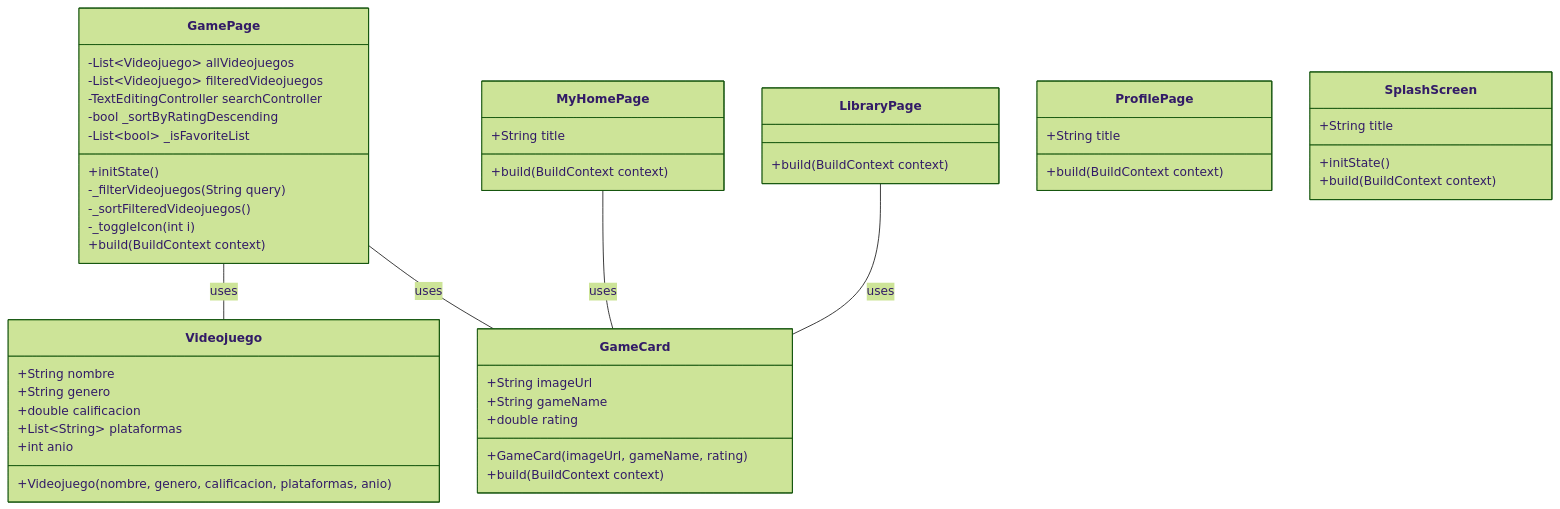
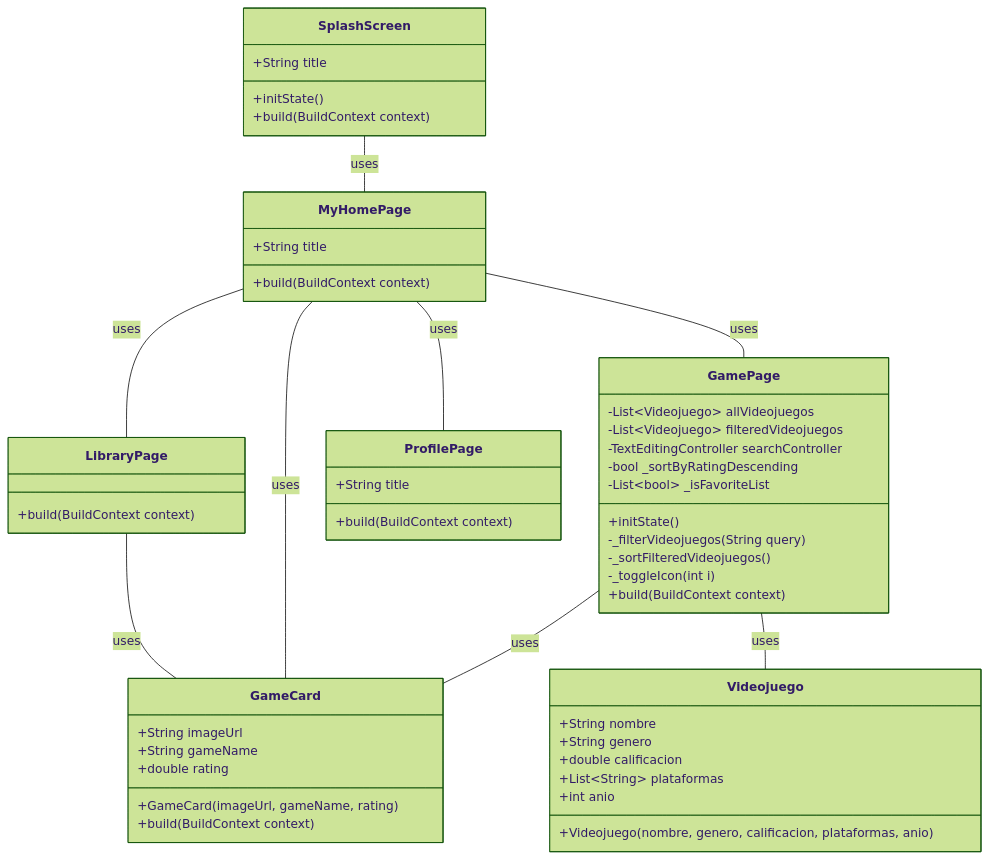
The diagram in README.md (etoPok/dataNime), drawn with Mermaid (forest theme) before and after one commit.

Commit message:
Prueba final? readme

````diff
--- a/README.md
+++ b/README.md
@@ -140,4 +140,12 @@
 MyHomePage  -- GameCard: uses
 
 LibraryPage  -- GameCard: uses
+
+SplashScreen -- MyHomePage: uses
+
+MyHomePage -- ProfilePage: uses
+
+MyHomePage -- LibraryPage: uses
+
+MyHomePage -- GamePage: uses
 ```
````
